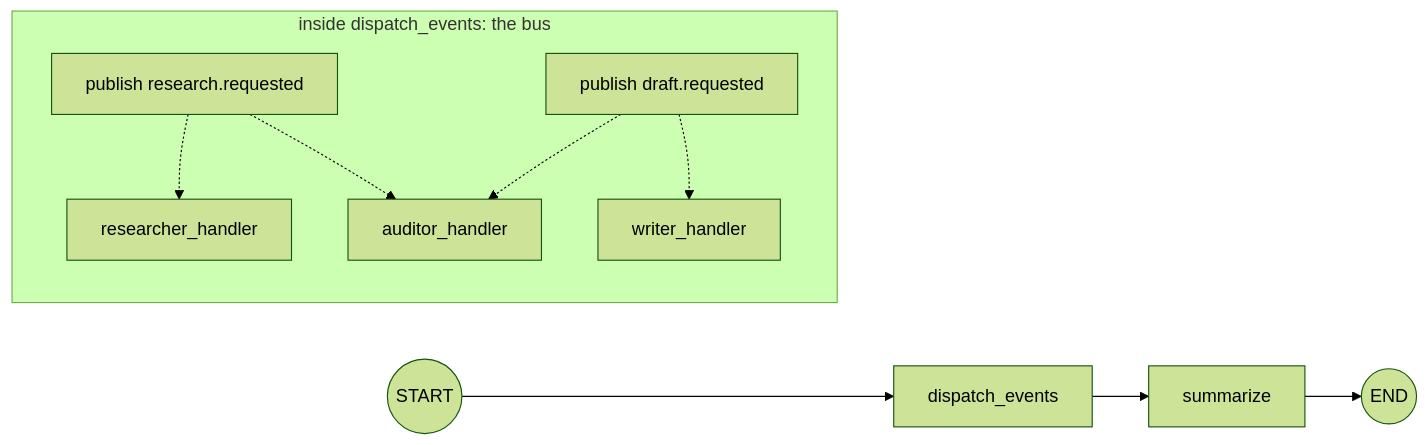
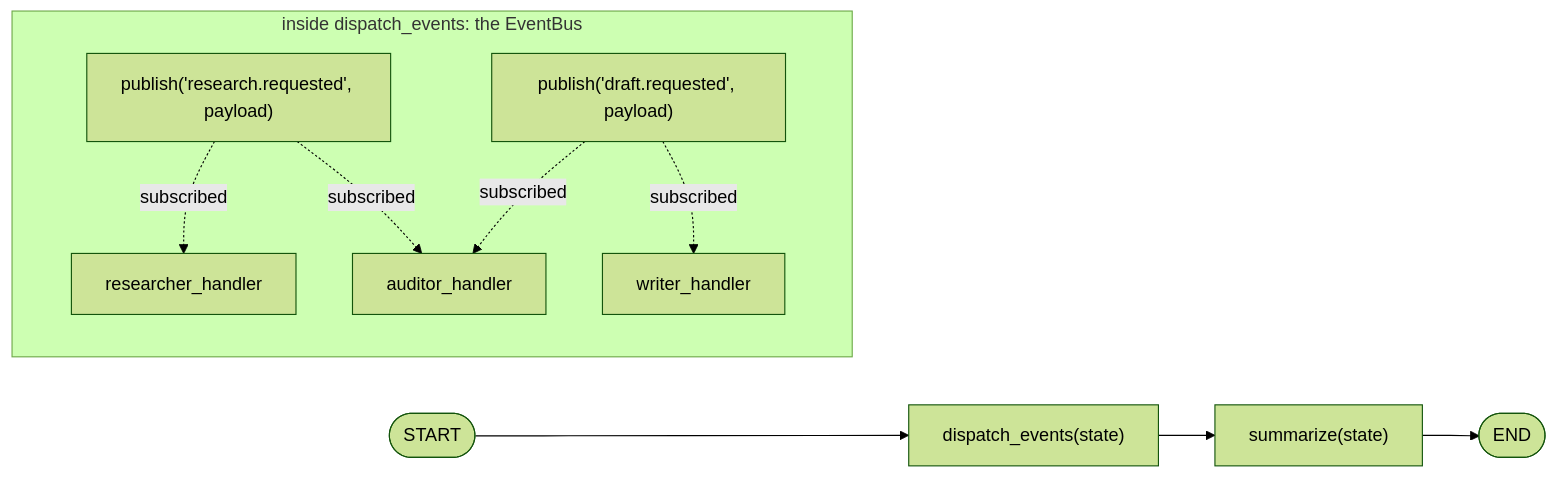
The first of 2 diagrams in src/52_event_bus/README.md (xergioalex/agent-lab), drawn with Mermaid (forest theme) before and after one commit. The commit also changed other lines of this file and 64 other files, not shown here.

First line of the commit message:
docs(docs): premium Mermaid diagram pass on all 64 module READMEs

````diff
--- a/src/52_event_bus/README.md
+++ b/src/52_event_bus/README.md
@@ -56,13 +56,13 @@
 ```mermaid
-graph LR
-    START((START)) --> dispatch[dispatch_events]
-    dispatch --> summarize[summarize]
-    summarize --> END((END))
+flowchart LR
+    START([START]) --> dispatch["dispatch_events(state)"]
+    dispatch --> summarize["summarize(state)"]
+    summarize --> END([END])
 
-    subgraph "inside dispatch_events: the bus"
-        pub1[publish research.requested] -.-> sub1[researcher_handler]
-        pub1 -.-> sub2[auditor_handler]
-        pub2[publish draft.requested] -.-> sub3[writer_handler]
-        pub2 -.-> sub2
+    subgraph bus["inside dispatch_events: the EventBus"]
+        pub1["publish('research.requested', payload)"] -.->|"subscribed"| sub1["researcher_handler"]
+        pub1 -.->|"subscribed"| sub2["auditor_handler"]
+        pub2["publish('draft.requested', payload)"] -.->|"subscribed"| sub3["writer_handler"]
+        pub2 -.->|"subscribed"| sub2
     end
 ```
````
